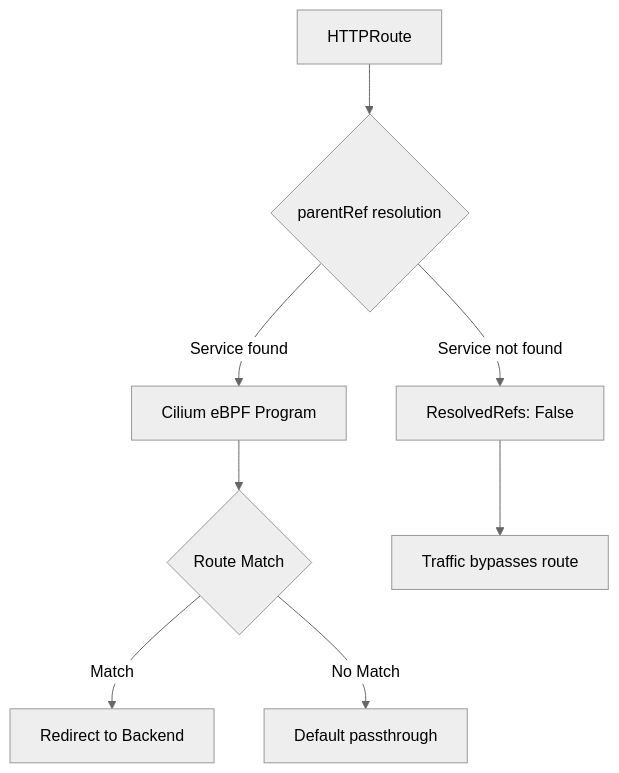
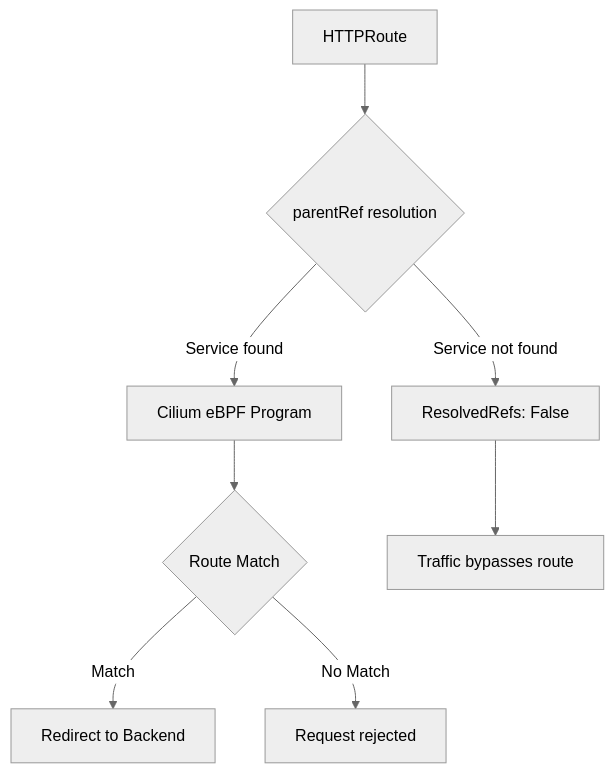
One commit to OneUptime/blog changed the diagram in posts/2026-03-13-troubleshoot-cilium-gamma-support/README.md. Above: the diagram before and after it, drawn with Mermaid (neutral theme). The commit also changed other lines of this file and 2 other files, not shown here.

````diff
--- a/posts/2026-03-13-troubleshoot-cilium-gamma-support/README.md
+++ b/posts/2026-03-13-troubleshoot-cilium-gamma-support/README.md
@@ -67,10 +70,10 @@
 ```mermaid
 flowchart TD
     A[HTTPRoute] --> B{parentRef resolution}
     B -->|Service found| C[Cilium eBPF Program]
     B -->|Service not found| D[ResolvedRefs: False]
     C --> E{Route Match}
     E -->|Match| F[Redirect to Backend]
-    E -->|No Match| G[Default passthrough]
+    E -->|No Match| G[Request rejected]
     D --> H[Traffic bypasses route]
 ```
````
